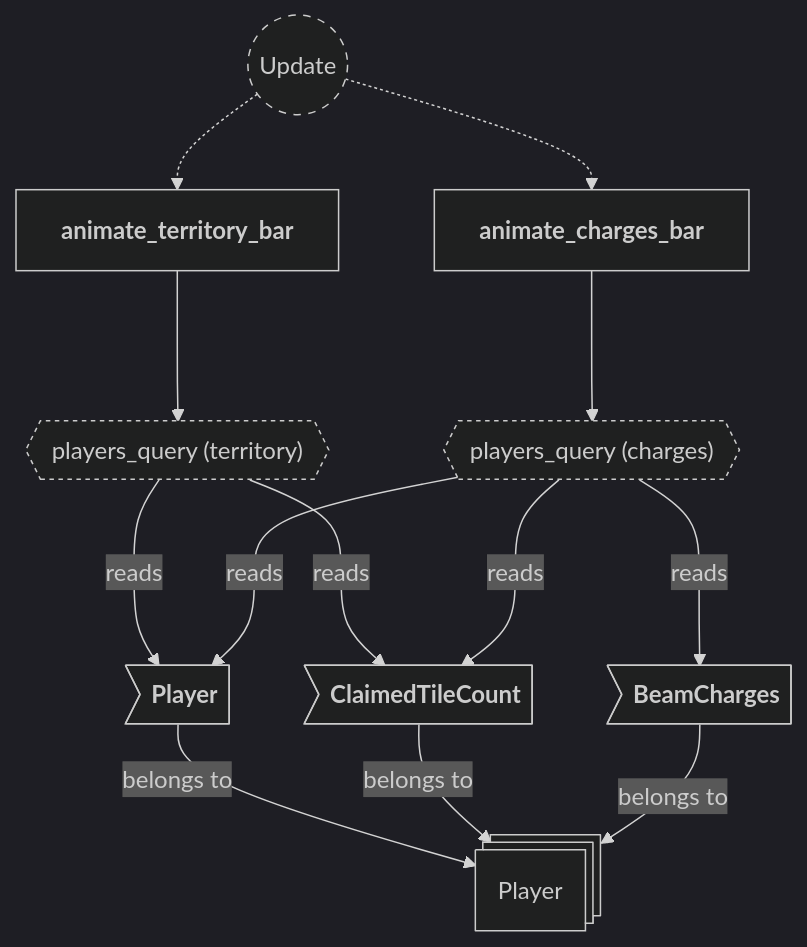
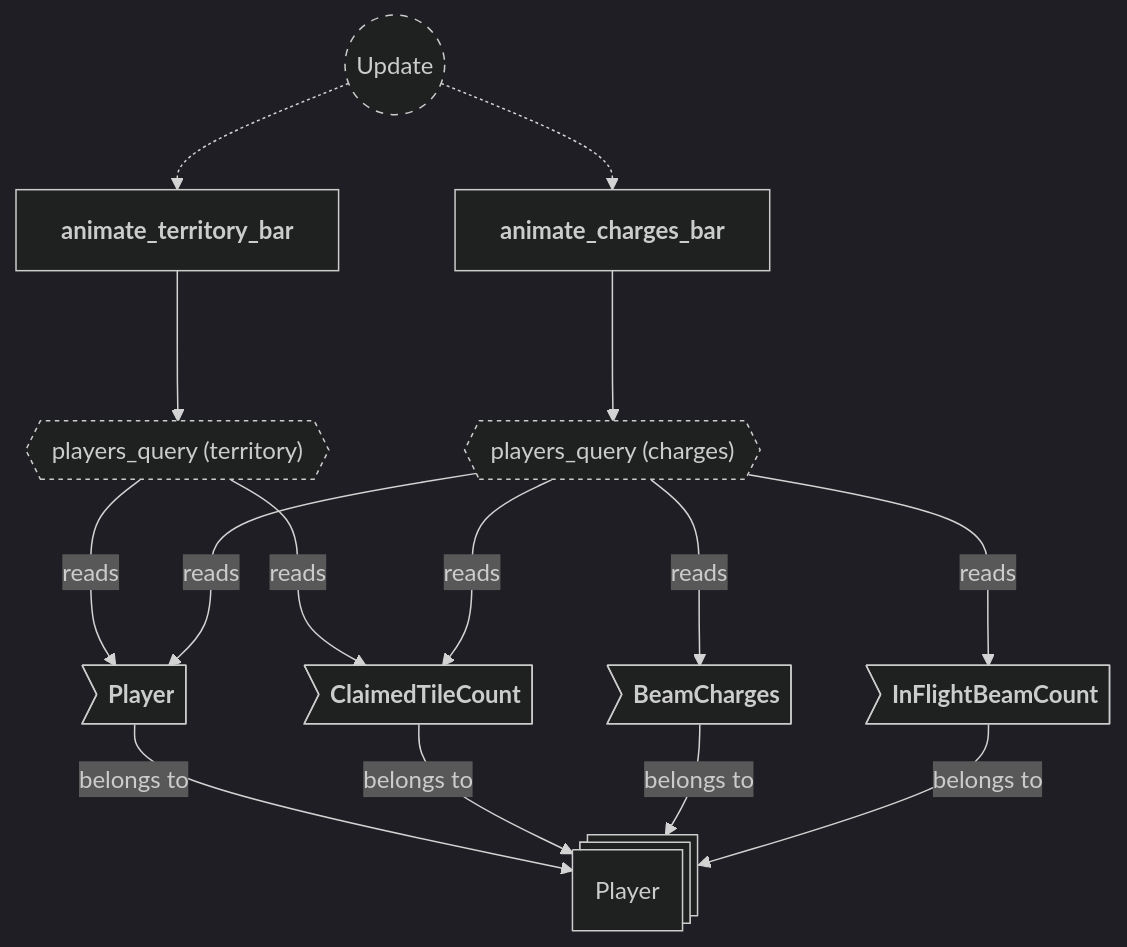
Before and after one commit to neurosoup/tyled: diagram 16 of 20 in backlog/docs/doc-14 - 012-HUD-plugin.md, drawn with Mermaid. The commit also changed other lines of this file and 5 other files, not shown here.

First line of the commit message:
Sync HUD, Beam, Claim, Charge, Round, and Maps docs to the charges-bar/round-exhaustion fix

````diff
--- a/backlog/docs/doc-14 - 012-HUD-plugin.md
+++ b/backlog/docs/doc-14 - 012-HUD-plugin.md
@@ -682,36 +685,38 @@
 ```mermaid
 ---
 config:
   theme: dark
 ---
 
 flowchart TD
 classDef system-group stroke-dasharray: 5 5
 classDef query stroke-dasharray: 3 3
 
 update(("`Update`")):::system-group
 animate_territory_bar["`**animate_territory_bar**`"]
 animate_charges_bar["`**animate_charges_bar**`"]
 
 update -.-> animate_territory_bar
 update -.-> animate_charges_bar
 
 territory_players_query{{"`players_query (territory)`"}}:::query
 animate_territory_bar ---> territory_players_query
 
 charges_players_query{{"`players_query (charges)`"}}:::query
 animate_charges_bar ---> charges_players_query
 
 player_entity@{ shape: st-rect, label: "Player" }
 
 pe_player>"`**Player**`"] --> |belongs to| player_entity
 pe_count>"`**ClaimedTileCount**`"] --> |belongs to| player_entity
 pe_charges>"`**BeamCharges**`"] --> |belongs to| player_entity
+pe_in_flight>"`**InFlightBeamCount**`"] --> |belongs to| player_entity
 
 territory_players_query ---> |reads| pe_player
 territory_players_query ---> |reads| pe_count
 
 charges_players_query ---> |reads| pe_player
 charges_players_query ---> |reads| pe_count
 charges_players_query ---> |reads| pe_charges
+charges_players_query ---> |reads| pe_in_flight
 ```
````
